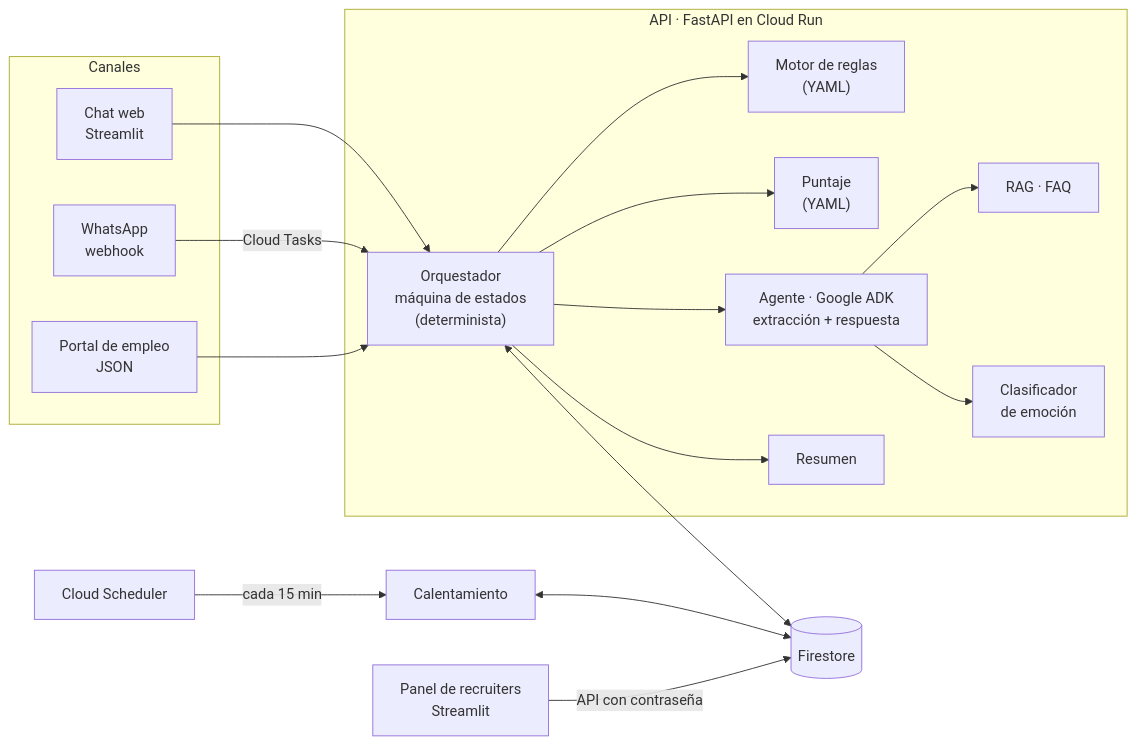
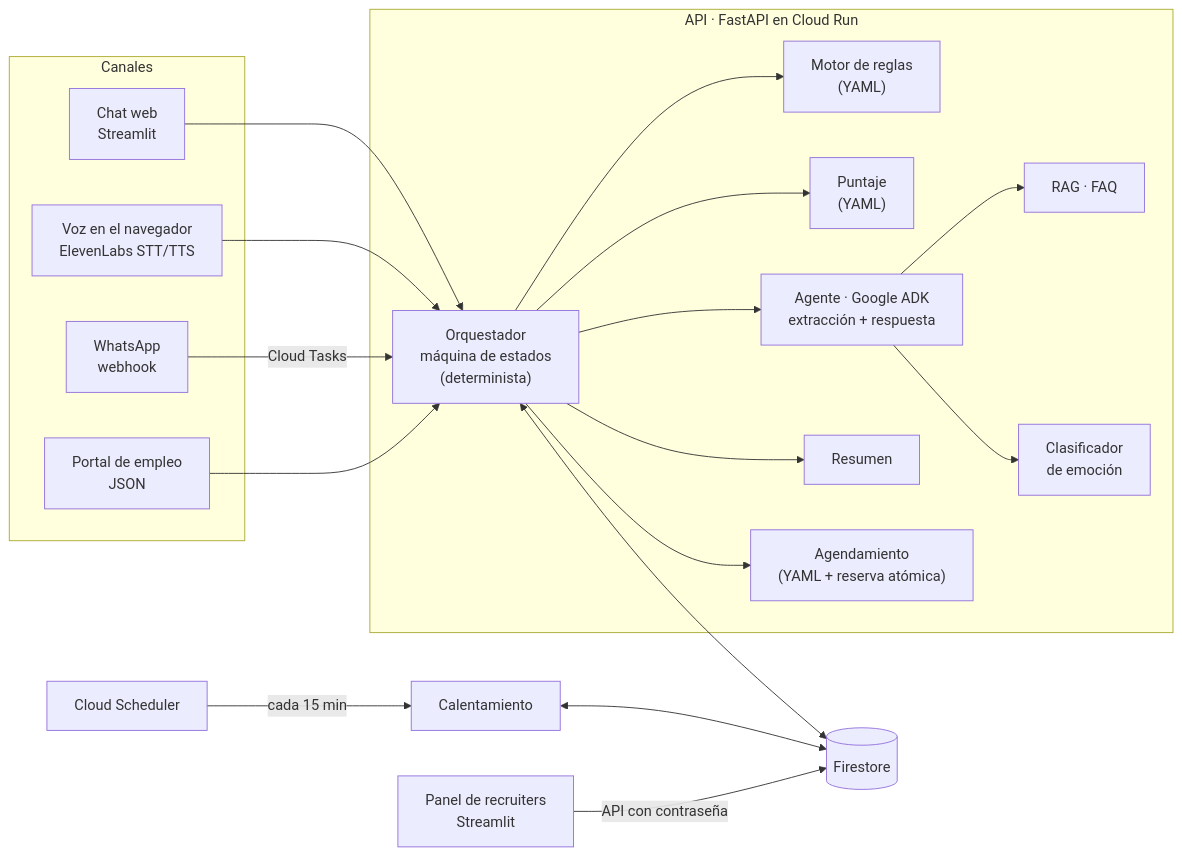
One commit to Chilean-MrRobot/orbio-screening-agent changed the diagram in README.md. Above: the diagram before and after it, drawn with Mermaid. The commit also changed other lines of this file, not shown here.

Commit message:
docs: README con voz, agendamiento y mejoras actualizadas

````diff
--- a/README.md
+++ b/README.md
@@ -72,33 +73,37 @@
 ```mermaid
 flowchart LR
     subgraph Canales
         W[Chat web<br/>Streamlit]
+        V[Voz en el navegador<br/>ElevenLabs STT/TTS]
         WA[WhatsApp<br/>webhook]
         P[Portal de empleo<br/>JSON]
     end
     subgraph API["API · FastAPI en Cloud Run"]
         O["Orquestador<br/>máquina de estados<br/>(determinista)"]
         R["Motor de reglas<br/>(YAML)"]
         S["Puntaje<br/>(YAML)"]
         A["Agente · Google ADK<br/>extracción + respuesta"]
         K["RAG · FAQ"]
         E["Clasificador<br/>de emoción"]
         SU["Resumen"]
+        AG["Agendamiento<br/>(YAML + reserva atómica)"]
     end
     DB[(Firestore)]
     PN[Panel de recruiters<br/>Streamlit]
     SCH[Cloud Scheduler] -->|cada 15 min| RE[Calentamiento]
 
     W --> O
+    V --> O
     WA -->|Cloud Tasks| O
     P --> O
     O --> A
     A --> K
     A --> E
     O --> R
     O --> S
     O --> SU
+    O --> AG
     O <--> DB
     RE <--> DB
     PN -->|API con contraseña| DB
 ```
````
